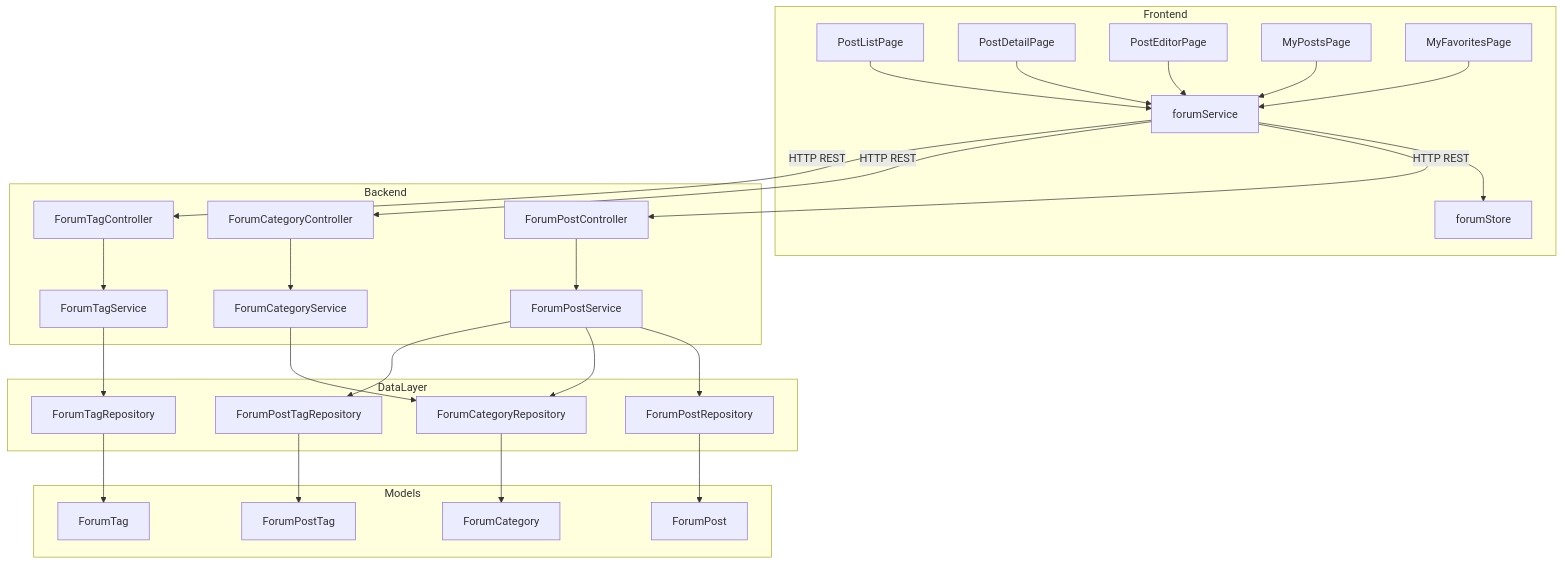
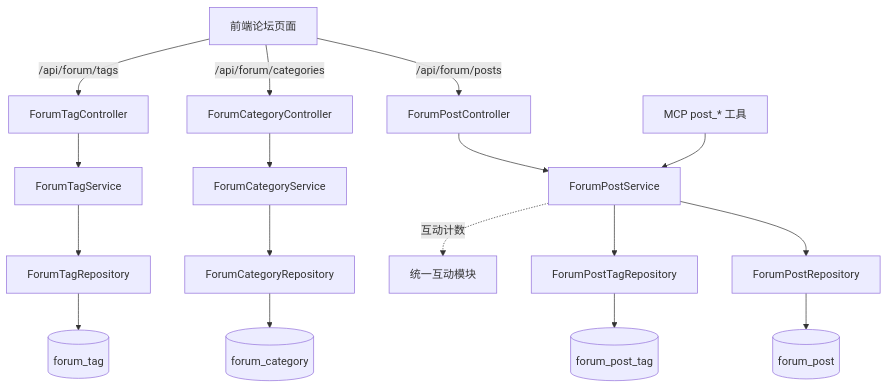
Before and after one commit to mambo-wang/CodingHub: the diagram in repowiki/wiki/modules/论坛社区.md, drawn with Mermaid. The commit also changed other lines of this file and 99 other files, not shown here.

````diff
--- a/repowiki/wiki/modules/论坛社区.md
+++ b/repowiki/wiki/modules/论坛社区.md
@@ -24,61 +25,19 @@
 ```mermaid
 graph TD
-    subgraph Frontend
-        PLP[PostListPage]
-        PDP[PostDetailPage]
-        PEP[PostEditorPage]
-        MPP[MyPostsPage]
-        MFP[MyFavoritesPage]
-        FS[forumService]
-        FST[forumStore]
-    end
-
-    subgraph Backend
-        FPC[ForumPostController]
-        FCC[ForumCategoryController]
-        FTC[ForumTagController]
-        FPS[ForumPostService]
-        FCS[ForumCategoryService]
-        FTS[ForumTagService]
-    end
-
-    subgraph DataLayer
-        FPR[ForumPostRepository]
-        FCR[ForumCategoryRepository]
-        FTR[ForumTagRepository]
-        FPTR[ForumPostTagRepository]
-    end
-
-    subgraph Models
-        FP[ForumPost]
-        FC[ForumCategory]
-        FT[ForumTag]
-        FPT[ForumPostTag]
-    end
-
-    PLP --> FS
-    PDP --> FS
-    PEP --> FS
-    MPP --> FS
-    MFP --> FS
-    FS --> FST
-
-    FS -->|HTTP REST| FPC
-    FS -->|HTTP REST| FCC
-    FS -->|HTTP REST| FTC
-
-    FPC --> FPS
-    FCC --> FCS
-    FTC --> FTS
-
-    FPS --> FPR
-    FPS --> FCR
-    FPS --> FPTR
-    FCS --> FCR
-    FTS --> FTR
-
-    FPR --> FP
-    FCR --> FC
-    FTR --> FT
-    FPTR --> FPT
+    FE[前端论坛页面] -->|/api/forum/posts| PC[ForumPostController]
+    FE -->|/api/forum/categories| CC[ForumCategoryController]
+    FE -->|/api/forum/tags| TC[ForumTagController]
+    MCP[MCP post_* 工具] --> PS
+    PC --> PS[ForumPostService]
+    CC --> CS[ForumCategoryService]
+    TC --> TS[ForumTagService]
+    PS --> PR[ForumPostRepository]
+    PS --> PTR[ForumPostTagRepository]
+    TS --> TR[ForumTagRepository]
+    CS --> CR[ForumCategoryRepository]
+    PR --> D1[(forum_post)]
+    CR --> D2[(forum_category)]
+    TR --> D3[(forum_tag)]
+    PTR --> D4[(forum_post_tag)]
+    PS -.互动计数.-> UI[统一互动模块]
 ```
````
